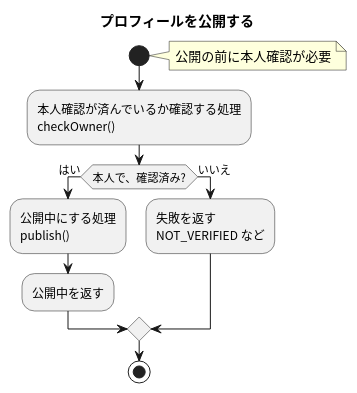
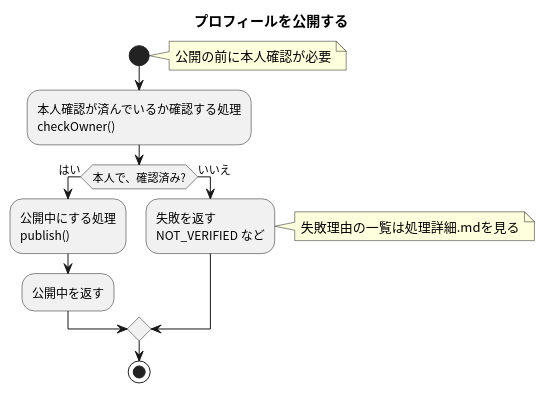
Before and after one commit to masamasamasato/design-doc-template: the diagram in apis/publish-profile/flow.puml, drawn with PlantUML. The commit also changed 5 other files, not shown here.

First line of the commit message:
PRコメントの図を画像で表示する (#3)

```diff
--- a/apis/publish-profile/flow.puml
+++ b/apis/publish-profile/flow.puml
@@ -3,18 +3,19 @@
 @startuml
 skinparam shadowing false
 skinparam defaultFontName "Noto Sans CJK JP"
 skinparam ActivityFontName "Noto Sans CJK JP"
 
 title プロフィールを公開する
 
 start
 note right: 公開の前に本人確認が必要
 :本人確認が済んでいるか確認する処理\ncheckOwner();
 if (本人で、確認済み?) then (はい)
   :公開中にする処理\npublish();
   :公開中を返す;
 else (いいえ)
   :失敗を返す\nNOT_VERIFIED など;
+  note right: 失敗理由の一覧は処理詳細.mdを見る
 endif
 stop
 @enduml
```
